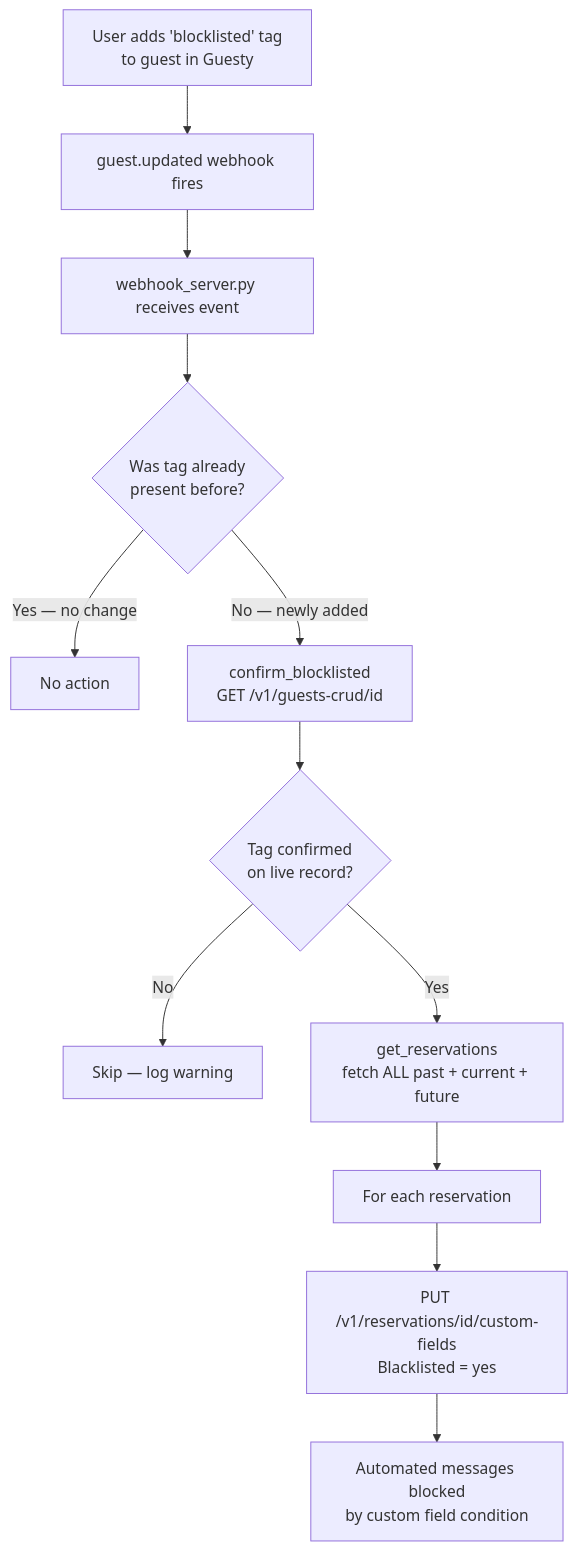
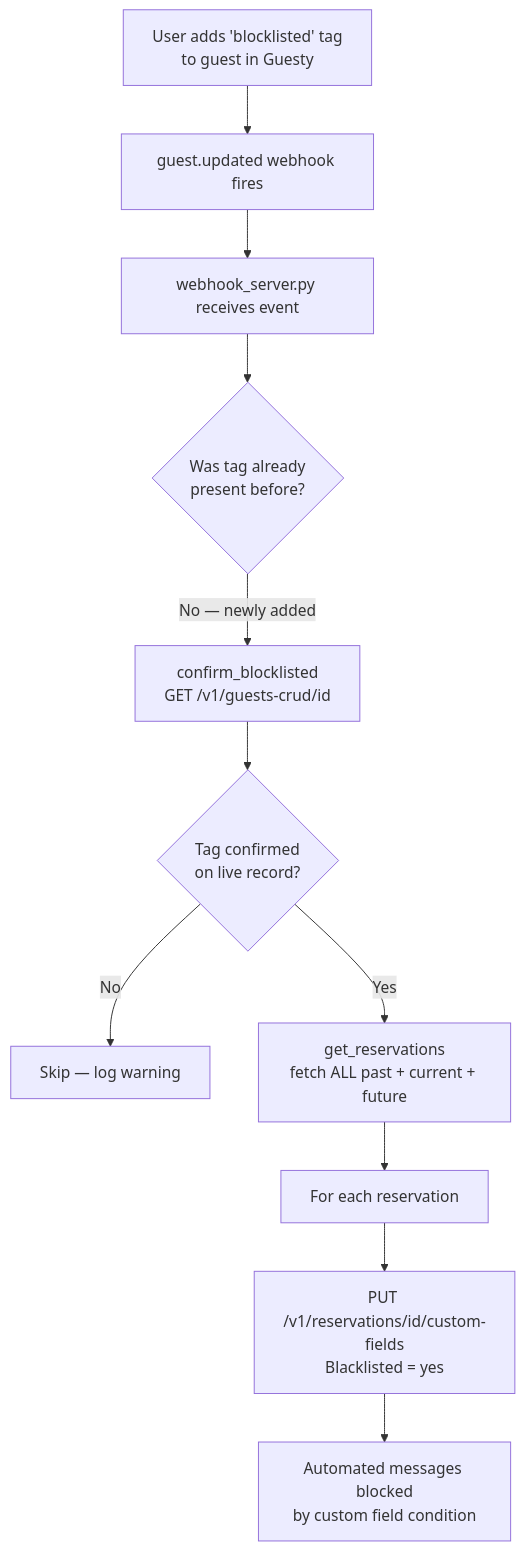
The second of 3 diagrams in README.md (davidlin1123/Guesty-API), drawn with Mermaid before and after one commit.

Commit message:
Update flowchart by removing 'No action' step
Removed the 'No action' step from the flowchart.

````diff
--- a/README.md
+++ b/README.md
@@ -52,14 +52,13 @@
 ```mermaid
 flowchart TD
     A[User adds 'blocklisted' tag\nto guest in Guesty] --> B[guest.updated webhook fires]
     B --> C[webhook_server.py receives event]
     C --> D{Was tag already\npresent before?}
-    D -->|Yes — no change| E[No action]
     D -->|No — newly added| F[confirm_blocklisted\nGET /v1/guests-crud/id]
     F --> G{Tag confirmed\non live record?}
     G -->|No| H[Skip — log warning]
     G -->|Yes| I[get_reservations\nfetch ALL past + current + future]
     I --> J[For each reservation]
     J --> K[PUT /v1/reservations/id/custom-fields\nBlacklisted = yes]
     K --> L[Automated messages blocked\nby custom field condition]
 ```
````
